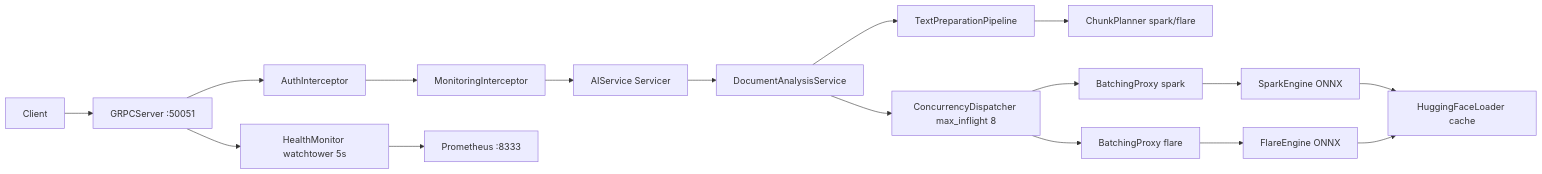
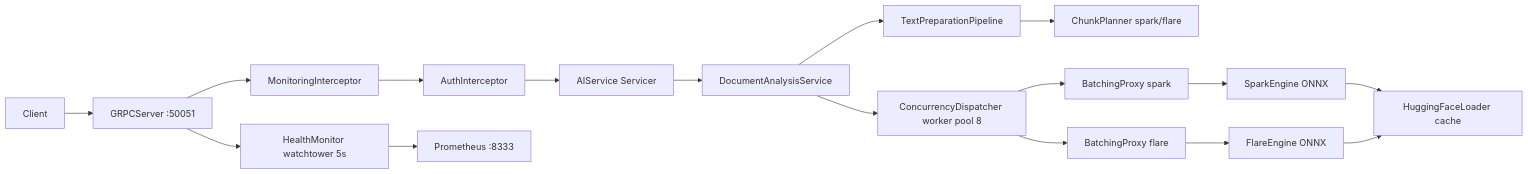
One commit to kunalPisolkar24/detectAI changed the diagram in services/inference/README.md. Above: the diagram before and after it, drawn with Mermaid. The commit also changed other lines of this file and 14 other files, not shown here.

````diff
--- a/services/inference/README.md
+++ b/services/inference/README.md
@@ -33,19 +35,19 @@
 ```mermaid
 graph LR
     Client --> GRPC[GRPCServer :50051]
-    GRPC --> Auth[AuthInterceptor]
-    Auth --> Mon[MonitoringInterceptor]
-    Mon --> Svc[AIService Servicer]
+    GRPC --> Mon[MonitoringInterceptor]
+    Mon --> Auth[AuthInterceptor]
+    Auth --> Svc[AIService Servicer]
     Svc --> DAS[DocumentAnalysisService]
     DAS --> Prep[TextPreparationPipeline]
     Prep --> Planner[ChunkPlanner spark/flare]
-    DAS --> Disp[ConcurrencyDispatcher max_inflight 8]
+    DAS --> Disp[ConcurrencyDispatcher worker pool 8]
     Disp --> BP_S[BatchingProxy spark]
     Disp --> BP_F[BatchingProxy flare]
     BP_S --> Eng_S[SparkEngine ONNX]
     BP_F --> Eng_F[FlareEngine ONNX]
     Eng_S --> Loader[HuggingFaceLoader cache]
     Eng_F --> Loader
     GRPC --> Health[HealthMonitor watchtower 5s]
     Health --> Metrics[Prometheus :8333]
 ```
````
